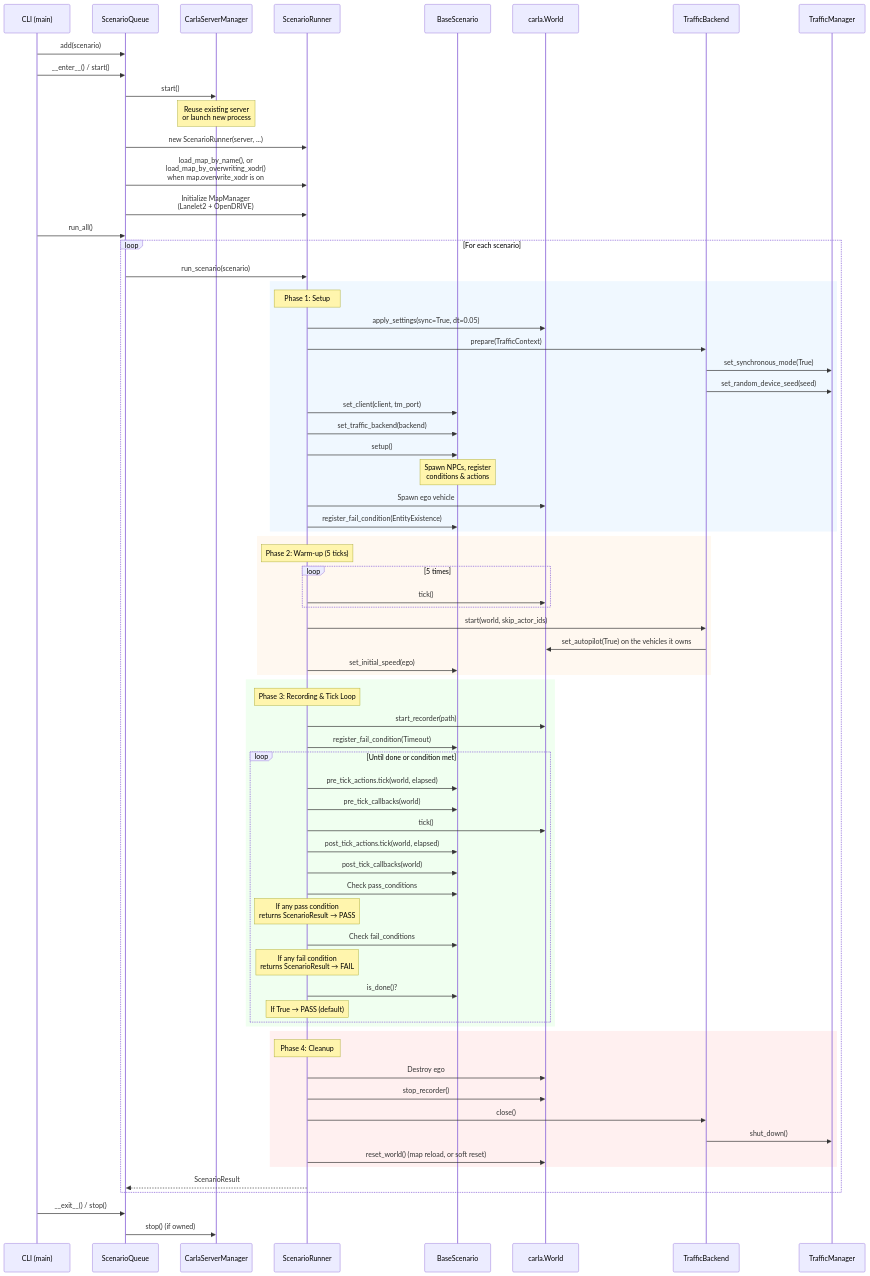
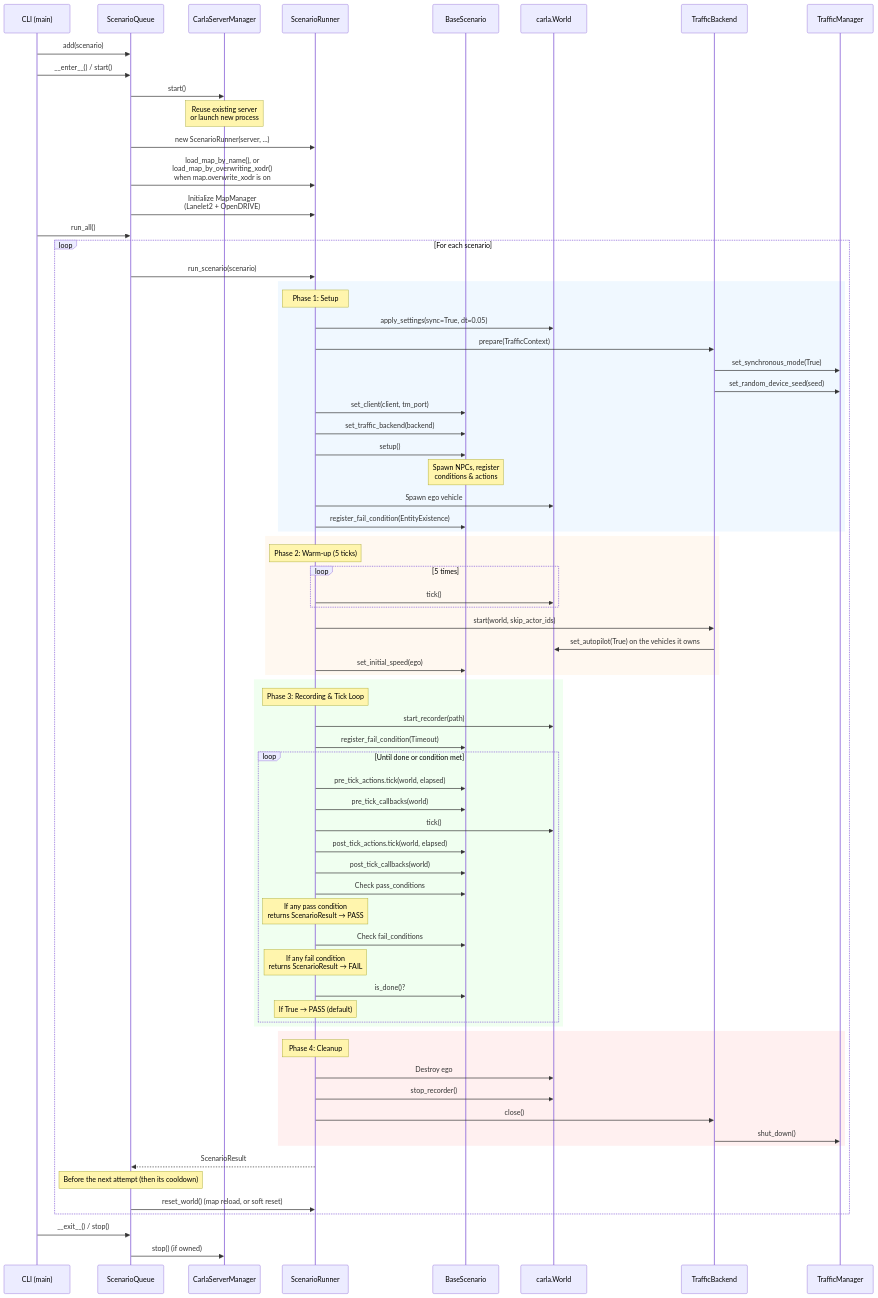
One commit to autowarefoundation/autoware_carla_scenario changed the third of 13 diagrams in autoware_carla_scenario/docs/architecture.md. Above: the diagram before and after it, drawn with Mermaid. The commit also changed other lines of this file and 7 other files, not shown here.

First line of the commit message:
fix: let the queue own every world reset between runs (#1944)

````diff
--- a/autoware_carla_scenario/docs/architecture.md
+++ b/autoware_carla_scenario/docs/architecture.md
@@ -125,81 +125,82 @@
 ```mermaid
 sequenceDiagram
     participant CLI as CLI (main)
     participant SQ as ScenarioQueue
     participant CSM as CarlaServerManager
     participant SR as ScenarioRunner
     participant BS as BaseScenario
     participant W as carla.World
     participant TB as TrafficBackend
     participant TM as TrafficManager
 
     CLI->>SQ: add(scenario)
     CLI->>SQ: __enter__() / start()
     SQ->>CSM: start()
     Note over CSM: Reuse existing server<br/>or launch new process
     SQ->>SR: new ScenarioRunner(server, ...)
     SQ->>SR: load_map_by_name(), or<br/>load_map_by_overwriting_xodr()<br/>when map.overwrite_xodr is on
     SQ->>SR: Initialize MapManager<br/>(Lanelet2 + OpenDRIVE)
 
     CLI->>SQ: run_all()
     loop For each scenario
         SQ->>SR: run_scenario(scenario)
 
         rect rgb(240, 248, 255)
             Note over SR: Phase 1: Setup
             SR->>W: apply_settings(sync=True, dt=0.05)
             SR->>TB: prepare(TrafficContext)
             TB->>TM: set_synchronous_mode(True)
             TB->>TM: set_random_device_seed(seed)
             SR->>BS: set_client(client, tm_port)
             SR->>BS: set_traffic_backend(backend)
             SR->>BS: setup()
             Note over BS: Spawn NPCs, register<br/>conditions & actions
             SR->>W: Spawn ego vehicle
             SR->>BS: register_fail_condition(EntityExistence)
         end
 
         rect rgb(255, 248, 240)
             Note over SR: Phase 2: Warm-up (5 ticks)
             loop 5 times
                 SR->>W: tick()
             end
             SR->>TB: start(world, skip_actor_ids)
             TB->>W: set_autopilot(True) on the vehicles it owns
             SR->>BS: set_initial_speed(ego)
         end
 
         rect rgb(240, 255, 240)
             Note over SR: Phase 3: Recording & Tick Loop
             SR->>W: start_recorder(path)
             SR->>BS: register_fail_condition(Timeout)
             loop Until done or condition met
                 SR->>BS: pre_tick_actions.tick(world, elapsed)
                 SR->>BS: pre_tick_callbacks(world)
                 SR->>W: tick()
                 SR->>BS: post_tick_actions.tick(world, elapsed)
                 SR->>BS: post_tick_callbacks(world)
                 SR->>BS: Check pass_conditions
                 Note over SR: If any pass condition<br/>returns ScenarioResult → PASS
                 SR->>BS: Check fail_conditions
                 Note over SR: If any fail condition<br/>returns ScenarioResult → FAIL
                 SR->>BS: is_done()?
                 Note over SR: If True → PASS (default)
             end
         end
 
         rect rgb(255, 240, 240)
             Note over SR: Phase 4: Cleanup
             SR->>W: Destroy ego
             SR->>W: stop_recorder()
             SR->>TB: close()
             TB->>TM: shut_down()
-            SR->>W: reset_world() (map reload, or soft reset)
         end
 
         SR-->>SQ: ScenarioResult
+        Note over SQ: Before the next attempt (then its cooldown)
+        SQ->>SR: reset_world() (map reload, or soft reset)
     end
 
     CLI->>SQ: __exit__() / stop()
     SQ->>CSM: stop() (if owned)
 ```
````
